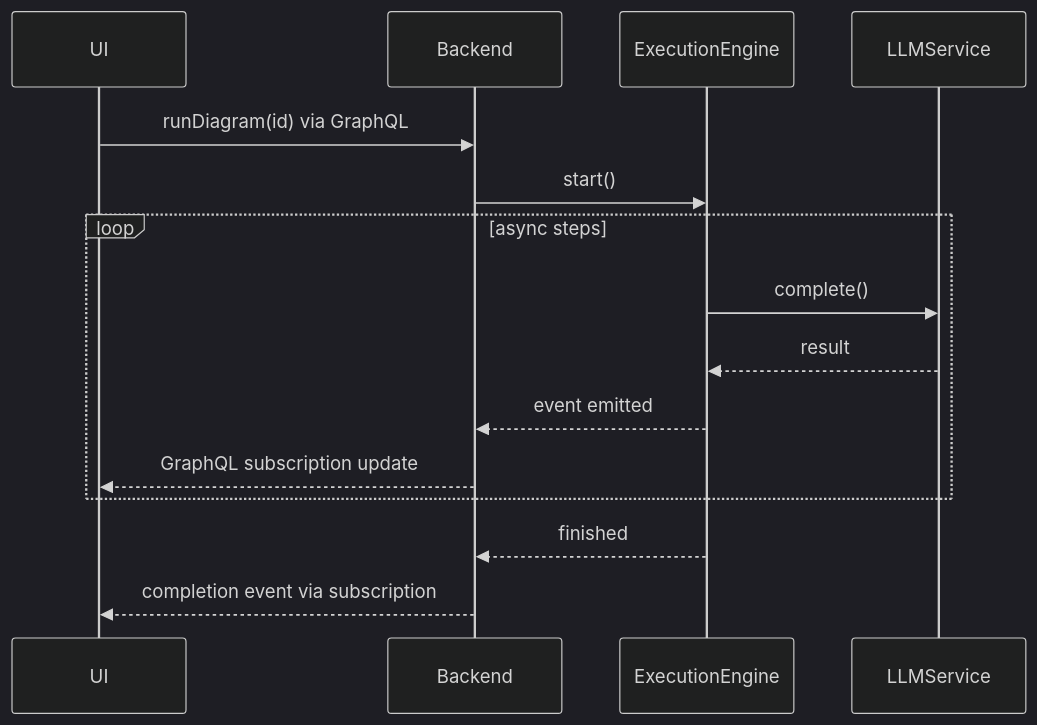
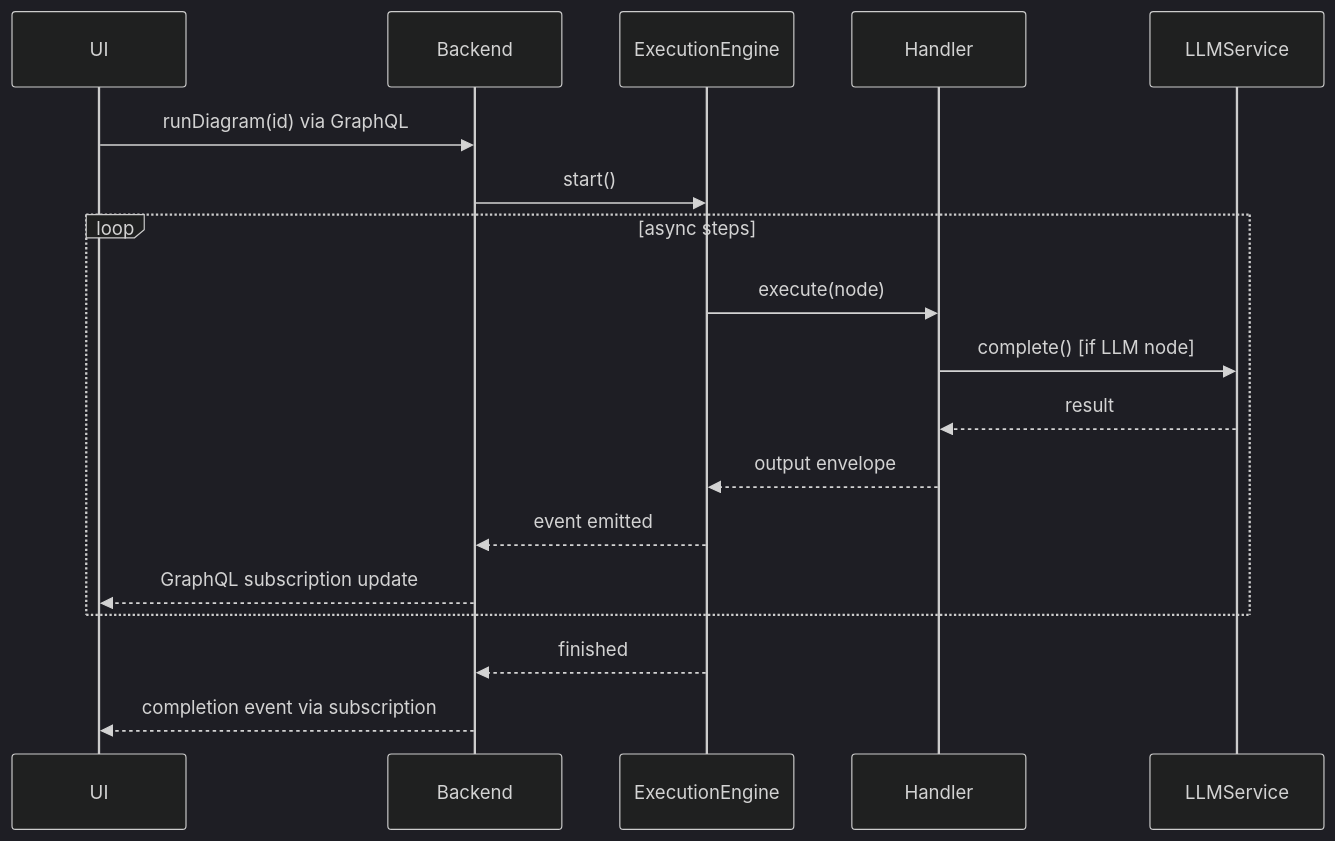
One commit to sorryhyun/DiPeO changed the diagram in docs/architecture/overall_architecture.md. Above: the diagram before and after it, drawn with Mermaid (dark theme). The commit also changed other lines of this file and 13 other files, not shown here.

````diff
--- a/docs/architecture/overall_architecture.md
+++ b/docs/architecture/overall_architecture.md
@@ -76,17 +166,20 @@
 ```mermaid
 sequenceDiagram
   participant UI
   participant Backend
   participant ExecutionEngine
+  participant Handler
   participant LLMService
   UI->>Backend: runDiagram(id) via GraphQL
   Backend->>ExecutionEngine: start()
   loop async steps
-    ExecutionEngine->>LLMService: complete()
-    LLMService-->>ExecutionEngine: result
+    ExecutionEngine->>Handler: execute(node)
+    Handler->>LLMService: complete() [if LLM node]
+    LLMService-->>Handler: result
+    Handler-->>ExecutionEngine: output envelope
     ExecutionEngine-->>Backend: event emitted
     Backend-->>UI: GraphQL subscription update
   end
   ExecutionEngine-->>Backend: finished
   Backend-->>UI: completion event via subscription
 ```
````
